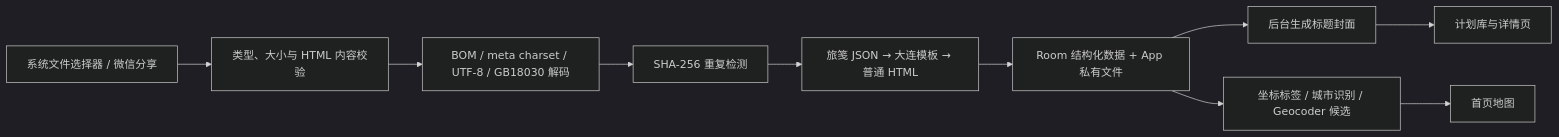
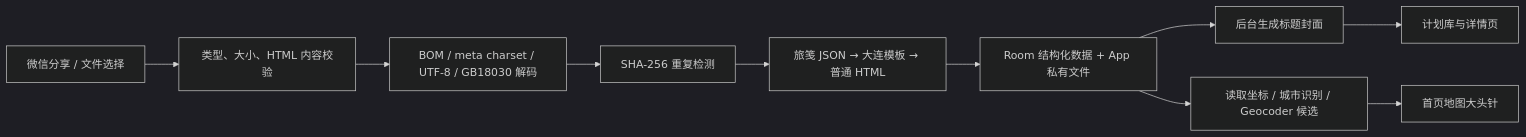
One commit to M1gr4ine/lujian-travel-plan-app changed the diagram in README.md. Above: the diagram before and after it, drawn with Mermaid (dark theme). The commit also changed other lines of this file and 4 other files, not shown here.

Commit message:
docs: 丰富项目介绍与真机截图

````diff
--- a/README.md
+++ b/README.md
@@ -59,12 +92,12 @@
 ```mermaid
 flowchart LR
-    A["系统文件选择器 / 微信分享"] --> B["类型、大小与 HTML 内容校验"]
+    A["微信分享 / 文件选择"] --> B["类型、大小、HTML 内容校验"]
     B --> C["BOM / meta charset / UTF-8 / GB18030 解码"]
     C --> D["SHA-256 重复检测"]
     D --> E["旅笺 JSON → 大连模板 → 普通 HTML"]
     E --> F["Room 结构化数据 + App 私有文件"]
     F --> G["后台生成标题封面"]
-    F --> H["坐标标签 / 城市识别 / Geocoder 候选"]
+    F --> H["读取坐标 / 城市识别 / Geocoder 候选"]
     G --> I["计划库与详情页"]
-    H --> J["首页地图"]
+    H --> J["首页地图大头针"]
 ```
````
